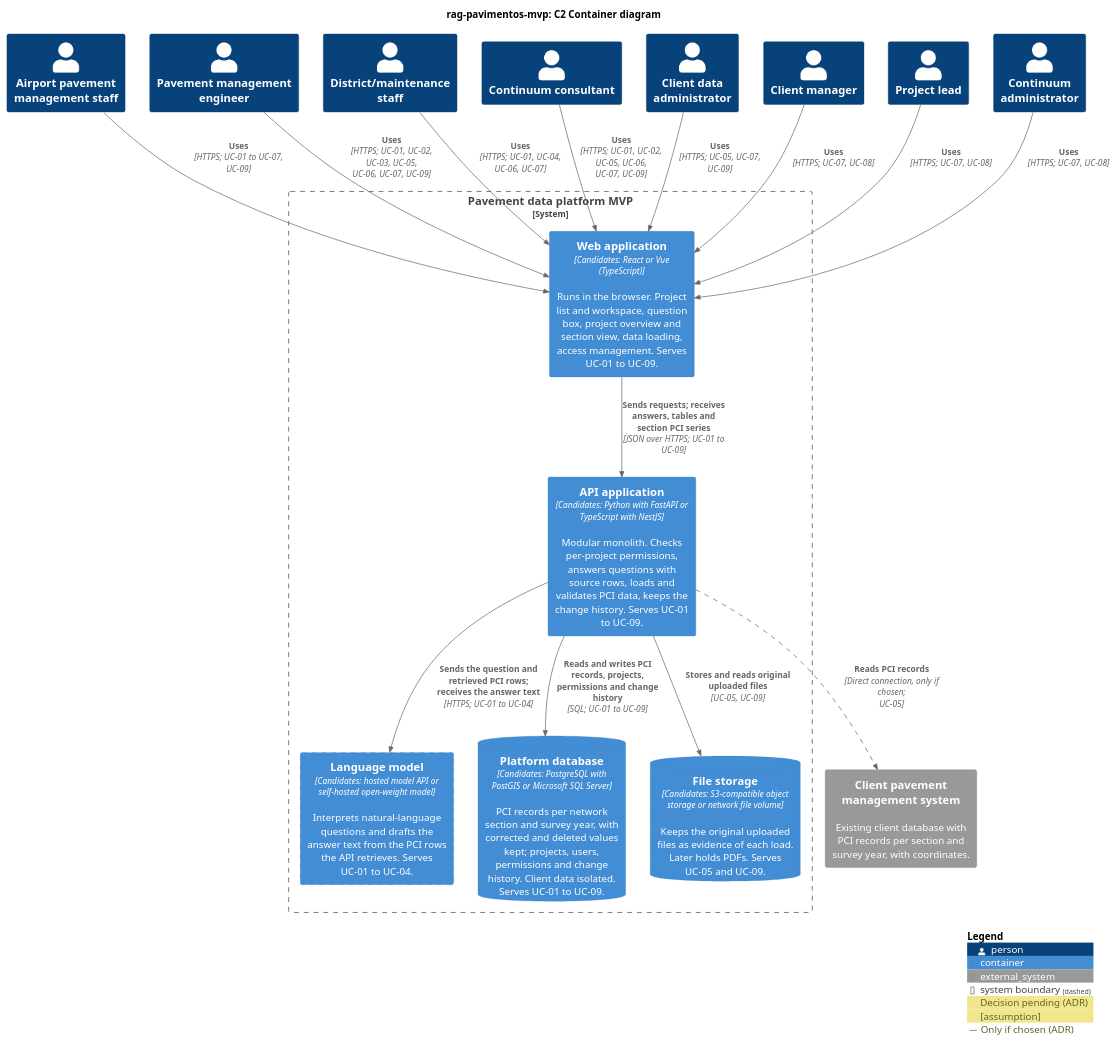
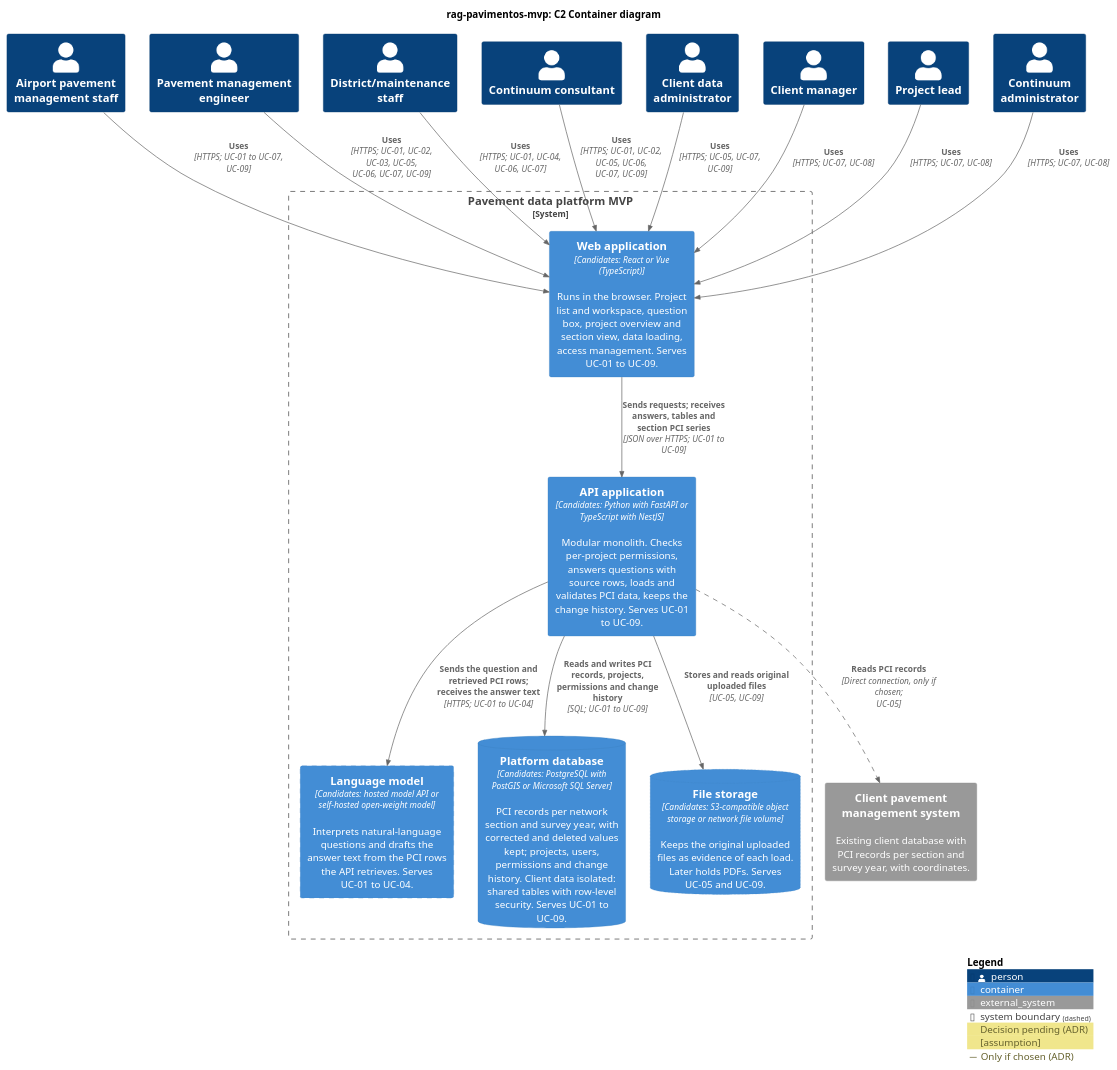
Before and after one commit to SAndrade2209/rag-pavimentos-mvp: the diagram in docs/architecture/c4/c2-containers.puml, drawn with PlantUML. The commit also changed 1 other file, not shown here.

Commit message:
Accept ADR: isolate client data with row-level security
Shared tables with a client identifier, plus row-level security in the
database. C2 platform database description updated to match.

```diff
--- a/docs/architecture/c4/c2-containers.puml
+++ b/docs/architecture/c4/c2-containers.puml
@@ -1,65 +1,65 @@
 @startuml c2-containers
 !include https://raw.githubusercontent.com/plantuml-stdlib/C4-PlantUML/master/C4_Container.puml
 
 title rag-pavimentos-mvp: C2 Container diagram
 
 ' Proposal. Candidate technologies are listed, not chosen. Each choice goes in an ADR,
 ' after docs/architecture/quality-attributes.md is filled.
 ' Modular monolith (CLAUDE.md): one API application holds the modules
 ' (question answering, PCI data, projects and access, change history). Modules belong in C3.
 ' All candidates run on any cloud provider or on premises (portability, CLAUDE.md).
 
 AddElementTag("pending", $borderStyle=DashedLine(), $legendText="Decision pending (ADR)")
 AddElementTag("assumption", $borderStyle=DottedLine(), $legendText="[assumption]")
 AddRelTag("pending", $lineStyle=DashedLine(), $legendText="Only if chosen (ADR)")
 
 ' People from C1, with the use cases each one performs.
 Person(airport_staff, "Airport pavement management staff")
 Person(pm_engineer, "Pavement management engineer")
 Person(district_staff, "District/maintenance staff")
 Person(consultant, "Continuum consultant")
 Person(data_admin, "Client data administrator")
 Person(client_manager, "Client manager")
 Person(project_lead, "Project lead")
 Person(continuum_admin, "Continuum administrator")
 
 ' External system from C1.
 ' Export files from this system are uploaded by people through the web application (UC-05).
 ' A direct connection is the other option; it is drawn as a pending relationship.
 ' Sign-in method not decided (UC-07): an identity provider is not shown until it is.
 System_Ext(pms, "Client pavement management system", "Existing client database with PCI records per section and survey year, with coordinates.")
 
 System_Boundary(platform, "Pavement data platform MVP") {
   Container(web, "Web application", "Candidates: React or Vue (TypeScript)", "Runs in the browser. Project list and workspace, question box, project overview and section view, data loading, access management. Serves UC-01 to UC-09.")
 
   Container(api, "API application", "Candidates: Python with FastAPI or TypeScript with NestJS", "Modular monolith. Checks per-project permissions, answers questions with source rows, loads and validates PCI data, keeps the change history. Serves UC-01 to UC-09.")
 
   ' Hosted or self-hosted is the decision. With a hosted model API, client PCI rows leave
   ' the platform and the model becomes an external system in C1.
   Container(llm, "Language model", "Candidates: hosted model API or self-hosted open-weight model", "Interprets natural-language questions and drafts the answer text from the PCI rows the API retrieves. Serves UC-01 to UC-04.", $tags="pending")
 
-  ' Client data isolation approach to be decided in an ADR.
-  ContainerDb(db, "Platform database", "Candidates: PostgreSQL with PostGIS or Microsoft SQL Server", "PCI records per network section and survey year, with corrected and deleted values kept; projects, users, permissions and change history. Client data isolated. Serves UC-01 to UC-09.")
+  ' Client data isolation: see ADR 2026-11-23-isolate-client-data-with-row-level-security.
+  ContainerDb(db, "Platform database", "Candidates: PostgreSQL with PostGIS or Microsoft SQL Server", "PCI records per network section and survey year, with corrected and deleted values kept; projects, users, permissions and change history. Client data isolated: shared tables with row-level security. Serves UC-01 to UC-09.")
 
   ' Not required by phase 1 questions. Justified by the evidence requirement and by PDFs later.
   ' If original files are not kept, this container is removed.
   ContainerDb(files, "File storage", "Candidates: S3-compatible object storage or network file volume", "Keeps the original uploaded files as evidence of each load. Later holds PDFs. Serves UC-05 and UC-09.", $tags="assumption")
 }
 
 Rel(airport_staff, web, "Uses", "HTTPS; UC-01 to UC-07, UC-09")
 Rel(pm_engineer, web, "Uses", "HTTPS; UC-01, UC-02, UC-03, UC-05, UC-06, UC-07, UC-09")
 Rel(district_staff, web, "Uses", "HTTPS; UC-01, UC-04, UC-06, UC-07")
 Rel(consultant, web, "Uses", "HTTPS; UC-01, UC-02, UC-05, UC-06, UC-07, UC-09")
 Rel(data_admin, web, "Uses", "HTTPS; UC-05, UC-07, UC-09")
 Rel(client_manager, web, "Uses", "HTTPS; UC-07, UC-08")
 Rel(project_lead, web, "Uses", "HTTPS; UC-07, UC-08")
 Rel(continuum_admin, web, "Uses", "HTTPS; UC-07, UC-08")
 
 Rel(web, api, "Sends requests; receives answers, tables and section PCI series", "JSON over HTTPS; UC-01 to UC-09")
 Rel(api, llm, "Sends the question and retrieved PCI rows; receives the answer text", "HTTPS; UC-01 to UC-04")
 Rel(api, db, "Reads and writes PCI records, projects, permissions and change history", "SQL; UC-01 to UC-09")
 Rel(api, files, "Stores and reads original uploaded files", "UC-05, UC-09")
 Rel(api, pms, "Reads PCI records", "Direct connection, only if chosen; UC-05", $tags="pending")
 
 SHOW_LEGEND()
 @enduml
```
